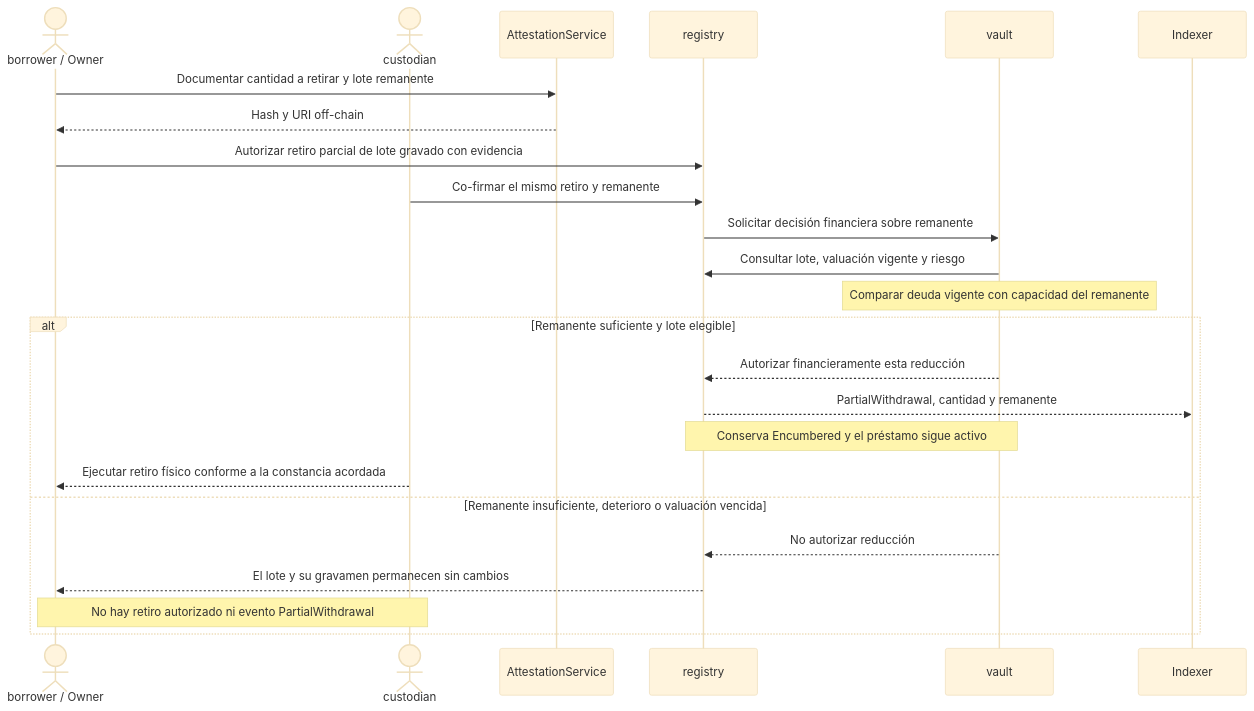
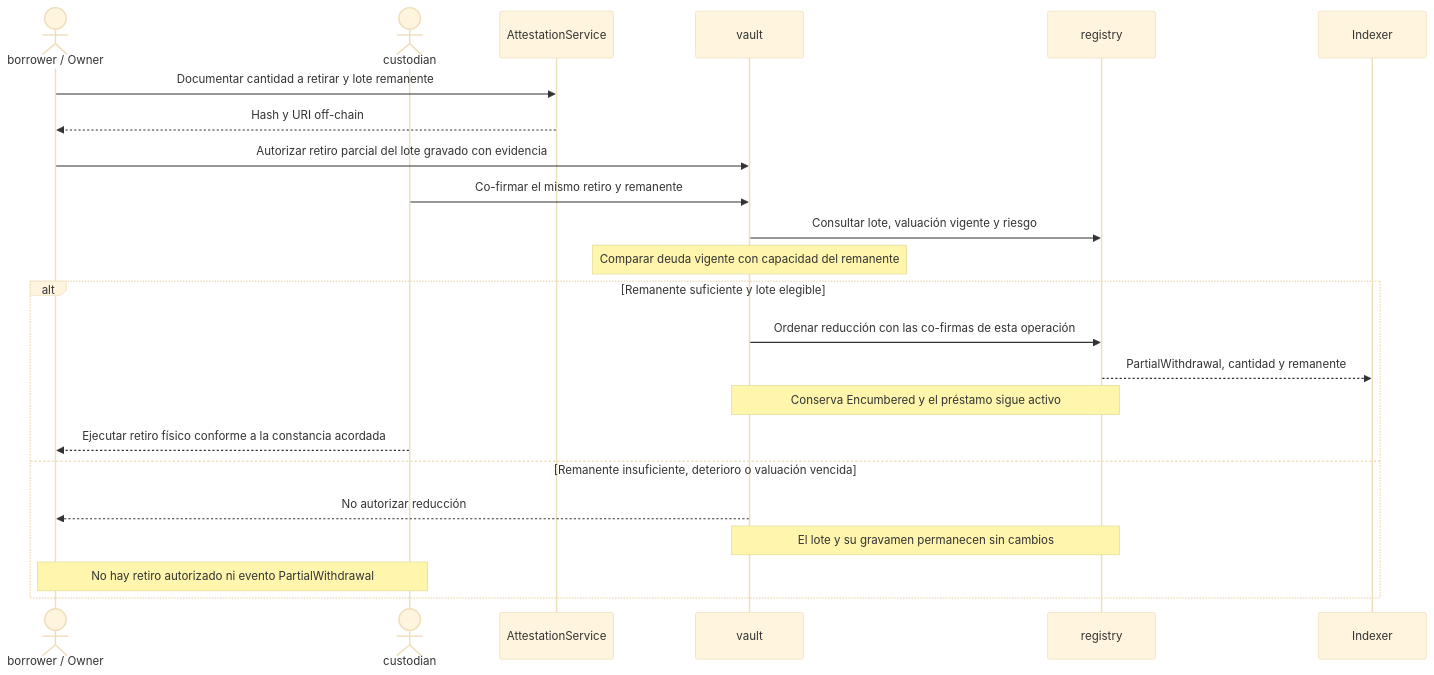
One commit to ReyesKevinJ/YerbaCapital changed the sixth of 9 diagrams in docs/architecture.md. Above: the diagram before and after it, drawn with Mermaid (base theme). The commit also changed other lines of this file and 6 other files, not shown here.

````diff
--- a/docs/architecture.md
+++ b/docs/architecture.md
@@ -322,26 +322,25 @@
 ```mermaid
 sequenceDiagram
     actor Owner as borrower / Owner
     actor Custodian as custodian
     participant Evidence as AttestationService
+    participant Vault as vault
     participant Registry as registry
-    participant Vault as vault
     participant Indexer
     Owner->>Evidence: Documentar cantidad a retirar y lote remanente
     Evidence-->>Owner: Hash y URI off-chain
-    Owner->>Registry: Autorizar retiro parcial de lote gravado con evidencia
-    Custodian->>Registry: Co-firmar el mismo retiro y remanente
-    Registry->>Vault: Solicitar decisión financiera sobre remanente
+    Owner->>Vault: Autorizar retiro parcial del lote gravado con evidencia
+    Custodian->>Vault: Co-firmar el mismo retiro y remanente
     Vault->>Registry: Consultar lote, valuación vigente y riesgo
     Note over Vault: Comparar deuda vigente con capacidad del remanente
     alt Remanente suficiente y lote elegible
-        Vault-->>Registry: Autorizar financieramente esta reducción
+        Vault->>Registry: Ordenar reducción con las co-firmas de esta operación
         Registry-->>Indexer: PartialWithdrawal, cantidad y remanente
         Note over Registry,Vault: Conserva Encumbered y el préstamo sigue activo
         Custodian-->>Owner: Ejecutar retiro físico conforme a la constancia acordada
     else Remanente insuficiente, deterioro o valuación vencida
-        Vault-->>Registry: No autorizar reducción
-        Registry-->>Owner: El lote y su gravamen permanecen sin cambios
+        Vault-->>Owner: No autorizar reducción
+        Note over Registry,Vault: El lote y su gravamen permanecen sin cambios
         Note over Owner,Custodian: No hay retiro autorizado ni evento PartialWithdrawal
     end
 ```
````
